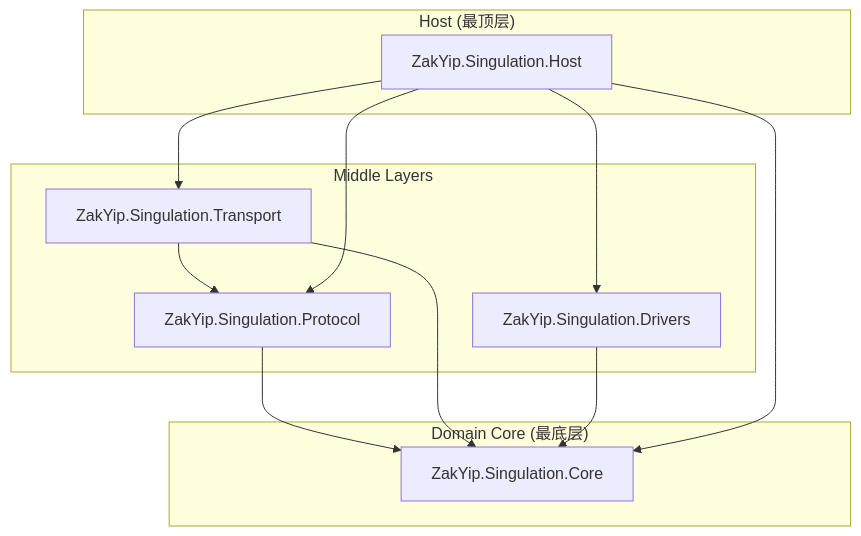
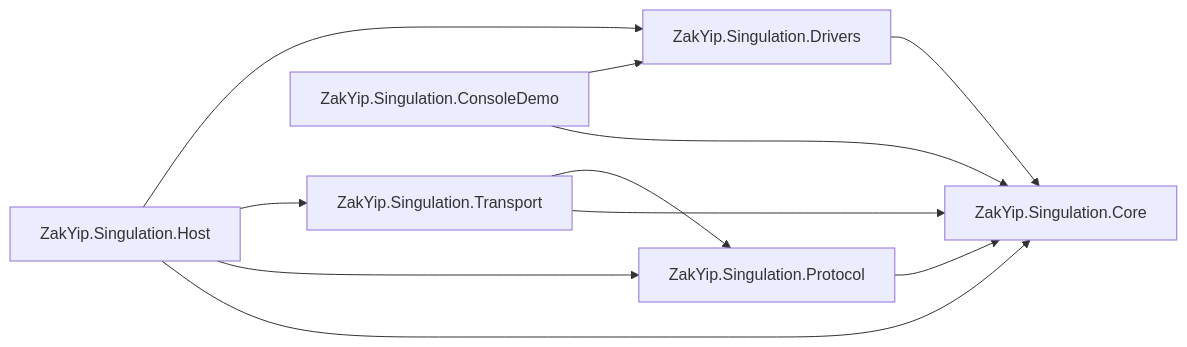
Before and after one commit to Hisoka6602/ZakYip.Singulation: the diagram in README.md, drawn with Mermaid. The commit also changed other lines of this file, not shown here.

````diff
--- a/README.md
+++ b/README.md
@@ -78,29 +62,23 @@
 ```mermaid
-graph TD
+graph LR
+  Core["ZakYip.Singulation.Core"]
+  Protocol["ZakYip.Singulation.Protocol"]
+  Transport["ZakYip.Singulation.Transport"]
+  Drivers["ZakYip.Singulation.Drivers"]
+  Host["ZakYip.Singulation.Host"]
+  Demo["ZakYip.Singulation.ConsoleDemo"]
 
-    subgraph Layer0["Domain Core (最底层)"]
-        Core["ZakYip.Singulation.Core"]
-    end
+  Protocol --> Core
+  Transport --> Core
+  Transport --> Protocol
+  Drivers --> Core
+  Host --> Core
+  Host --> Protocol
+  Host --> Transport
+  Host --> Drivers
+  Demo --> Core
+  Demo --> Drivers
 
-    subgraph Layer1["Middle Layers"]
-        Protocol["ZakYip.Singulation.Protocol"]
-        Transport["ZakYip.Singulation.Transport"]
-        Drivers["ZakYip.Singulation.Drivers"]
-    end
-
-    subgraph Layer2["Host (最顶层)"]
-        Host["ZakYip.Singulation.Host"]
-    end
-
-    %% 依赖关系
-    Protocol --> Core
-    Transport --> Core
-    Transport --> Protocol
-    Drivers --> Core
-    Host --> Core
-    Host --> Protocol
-    Host --> Transport
-    Host --> Drivers
 
 
 ```
````
